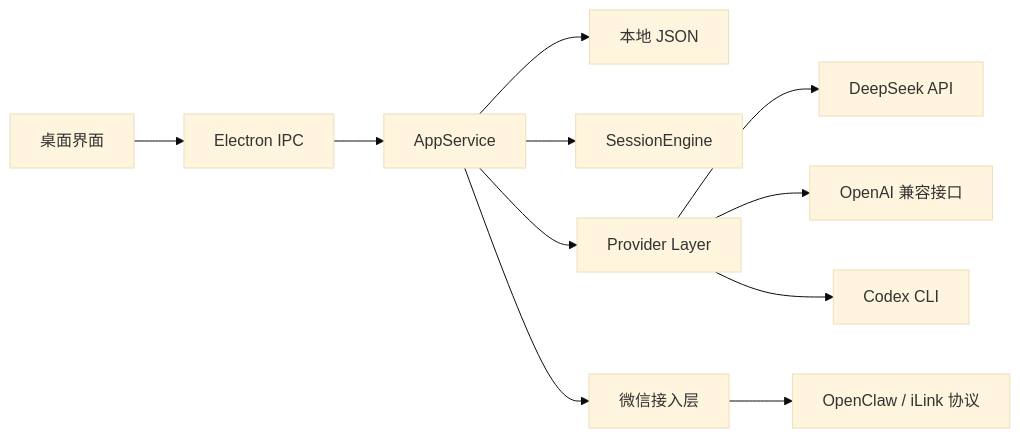
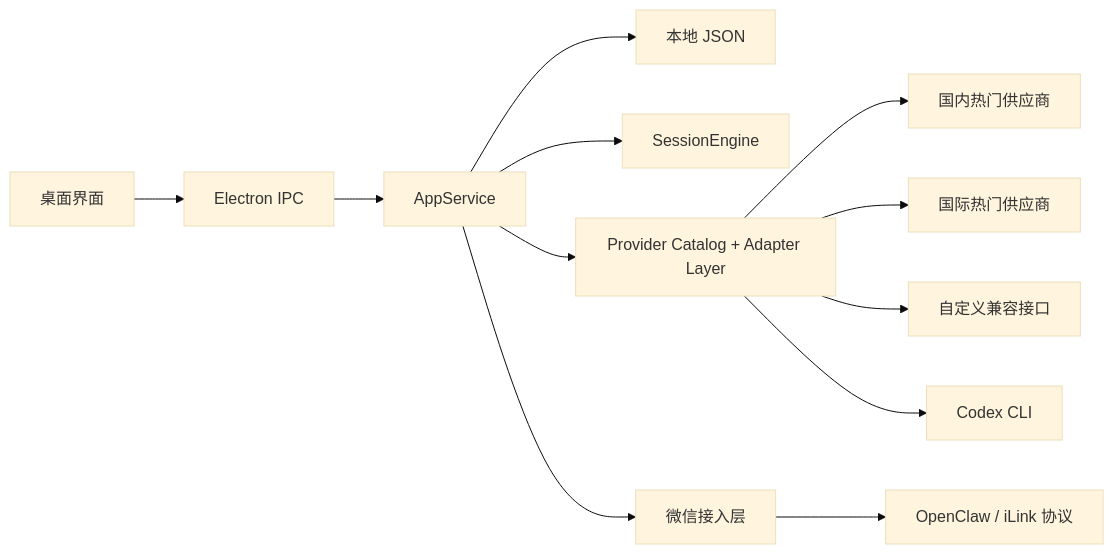
Before and after one commit to Shuo-O/wechat-agent-desktop: the diagram in README.md, drawn with Mermaid (base theme). The commit also changed other lines of this file and 18 other files, not shown here.

````diff
--- a/README.md
+++ b/README.md
@@ -197,13 +206,14 @@
 ```mermaid
 flowchart LR
     UI["桌面界面"] --> IPC["Electron IPC"]
     IPC --> App["AppService"]
     App --> Store["本地 JSON"]
     App --> Session["SessionEngine"]
-    App --> Provider["Provider Layer"]
+    App --> Provider["Provider Catalog + Adapter Layer"]
     App --> WeChat["微信接入层"]
     WeChat --> OpenClaw["OpenClaw / iLink 协议"]
-    Provider --> DeepSeek["DeepSeek API"]
-    Provider --> OpenAI["OpenAI 兼容接口"]
+    Provider --> Domestic["国内热门供应商"]
+    Provider --> Global["国际热门供应商"]
+    Provider --> Custom["自定义兼容接口"]
     Provider --> Codex["Codex CLI"]
 ```
````
